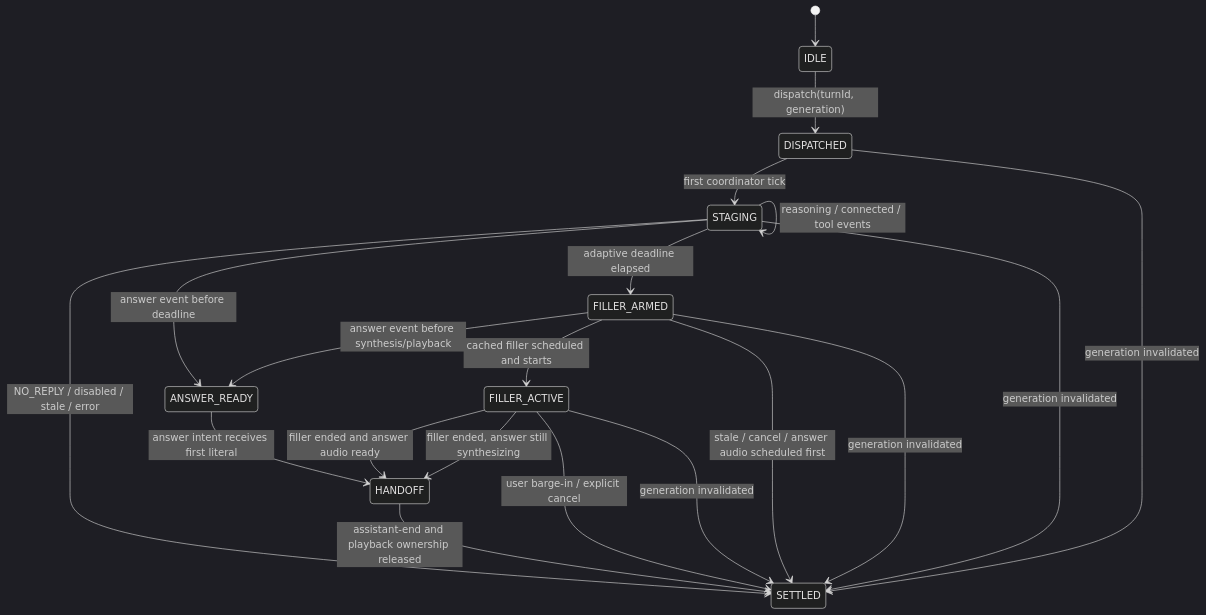
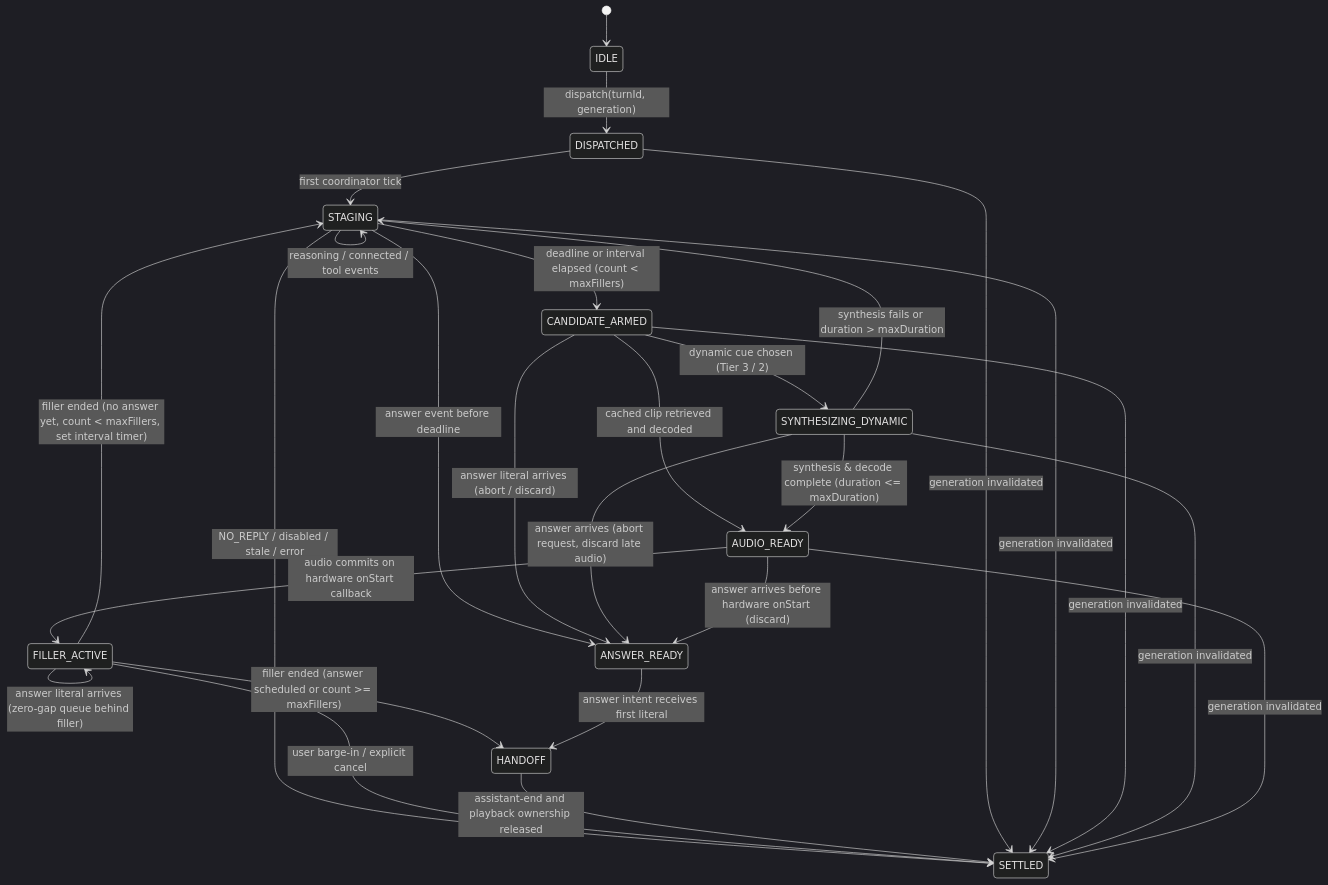
The diagram in docs/proposal-conversational-pacing-thinking-fillers.md (dasilva333/airi), drawn with Mermaid (dark theme) before and after one commit. The commit also changed other lines of this file, not shown here.

````diff
--- a/docs/proposal-conversational-pacing-thinking-fillers.md
+++ b/docs/proposal-conversational-pacing-thinking-fillers.md
@@ -119,22 +132,35 @@
 ```mermaid
 stateDiagram-v2
     [*] --> IDLE
     IDLE --> DISPATCHED: dispatch(turnId, generation)
     DISPATCHED --> STAGING: first coordinator tick
     STAGING --> SETTLED: NO_REPLY / disabled / stale / error
     STAGING --> ANSWER_READY: answer event before deadline
-    STAGING --> FILLER_ARMED: adaptive deadline elapsed
+    STAGING --> CANDIDATE_ARMED: deadline or interval elapsed (count < maxFillers)
     STAGING --> STAGING: reasoning / connected / tool events
-    FILLER_ARMED --> ANSWER_READY: answer event before synthesis/playback
-    FILLER_ARMED --> FILLER_ACTIVE: cached filler scheduled and starts
-    FILLER_ARMED --> SETTLED: stale / cancel / answer audio scheduled first
-    FILLER_ACTIVE --> HANDOFF: filler ended and answer audio ready
-    FILLER_ACTIVE --> HANDOFF: filler ended, answer still synthesizing
+
+    CANDIDATE_ARMED --> ANSWER_READY: answer literal arrives (abort / discard)
+    CANDIDATE_ARMED --> SYNTHESIZING_DYNAMIC: dynamic cue chosen (Tier 3 / 2)
+    CANDIDATE_ARMED --> AUDIO_READY: cached clip retrieved and decoded
+
+    SYNTHESIZING_DYNAMIC --> ANSWER_READY: answer arrives (abort request, discard late audio)
+    SYNTHESIZING_DYNAMIC --> AUDIO_READY: synthesis & decode complete (duration <= maxDuration)
+    SYNTHESIZING_DYNAMIC --> STAGING: synthesis fails or duration > maxDuration
+
+    AUDIO_READY --> ANSWER_READY: answer arrives before hardware onStart (discard)
+    AUDIO_READY --> FILLER_ACTIVE: audio commits on hardware onStart callback
+
+    FILLER_ACTIVE --> FILLER_ACTIVE: answer literal arrives (zero-gap queue behind filler)
+    FILLER_ACTIVE --> STAGING: filler ended (no answer yet, count < maxFillers, set interval timer)
+    FILLER_ACTIVE --> HANDOFF: filler ended (answer scheduled or count >= maxFillers)
     FILLER_ACTIVE --> SETTLED: user barge-in / explicit cancel
+
     ANSWER_READY --> HANDOFF: answer intent receives first literal
     HANDOFF --> SETTLED: assistant-end and playback ownership released
+
     DISPATCHED --> SETTLED: generation invalidated
     STAGING --> SETTLED: generation invalidated
-    FILLER_ARMED --> SETTLED: generation invalidated
-    FILLER_ACTIVE --> SETTLED: generation invalidated
+    CANDIDATE_ARMED --> SETTLED: generation invalidated
+    SYNTHESIZING_DYNAMIC --> SETTLED: generation invalidated
+    AUDIO_READY --> SETTLED: generation invalidated
 ```
````
